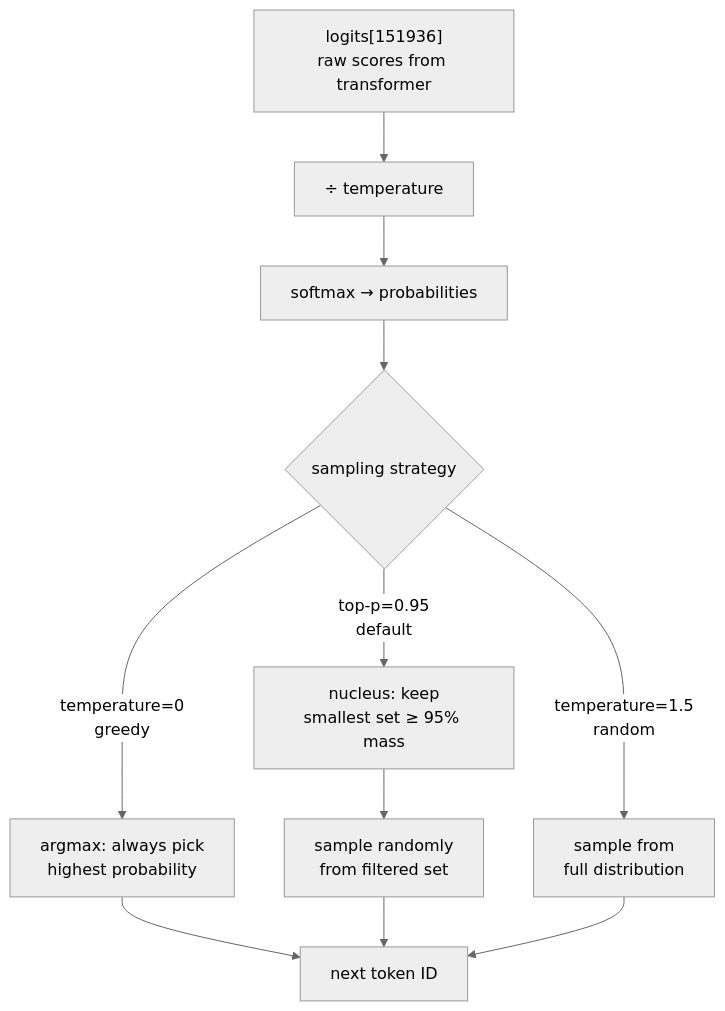
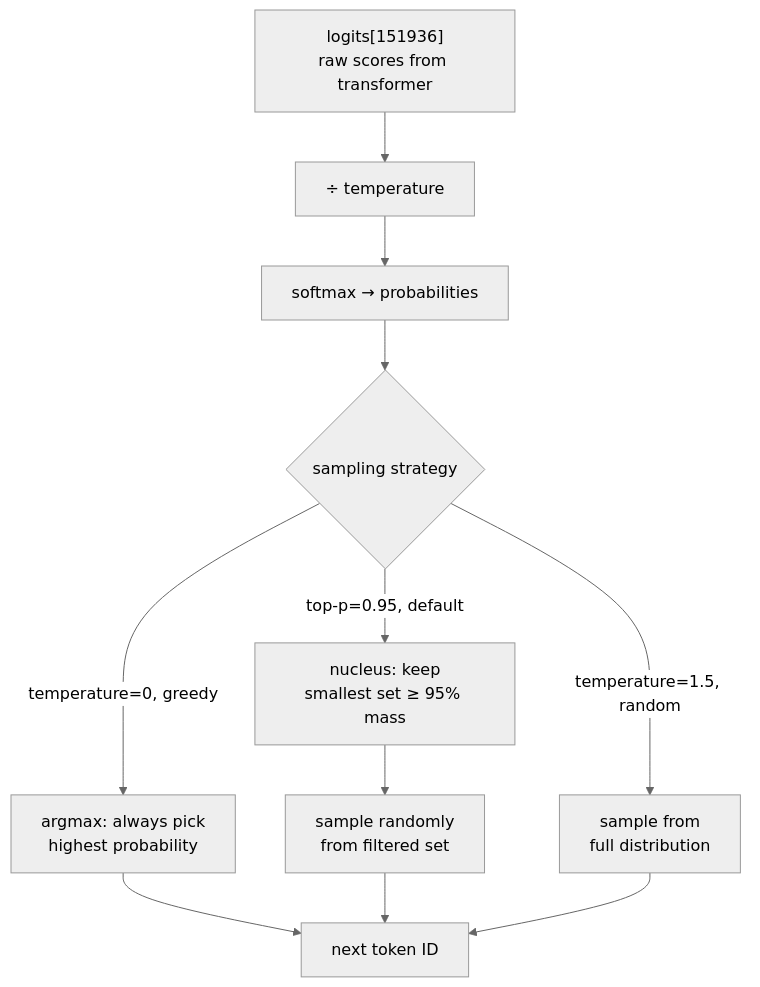
The eighth of 11 diagrams in blog/qwen3-run-locally.qmd (thefirehacker/firstbreakai), drawn with Mermaid (neutral theme) before and after one commit. The commit also changed other lines of this file and 4 other files, not shown here.

Commit message:
Add Lesson 1b: Qwen3 Fundamentals and update roadmap with new lesson links

````diff
--- a/blog/qwen3-run-locally.qmd
+++ b/blog/qwen3-run-locally.qmd
@@ -781,13 +781,13 @@
 ```{mermaid}
 flowchart TD
-    L["logits[151936]\nraw scores from transformer"] --> T["÷ temperature"]
+    L["logits[151936]<br/>raw scores from transformer"] --> T["÷ temperature"]
     T --> SM["softmax → probabilities"]
     SM --> S1{sampling strategy}
-    S1 -- "temperature=0\ngreedy" --> ARG["argmax: always pick\nhighest probability"]
-    S1 -- "top-p=0.95\ndefault" --> TP["nucleus: keep\nsmallest set ≥ 95% mass"]
-    TP --> RND["sample randomly\nfrom filtered set"]
-    S1 -- "temperature=1.5\nrandom" --> FULL["sample from\nfull distribution"]
+    S1 -- "temperature=0, greedy" --> ARG["argmax: always pick<br/>highest probability"]
+    S1 -- "top-p=0.95, default" --> TP["nucleus: keep<br/>smallest set ≥ 95% mass"]
+    TP --> RND["sample randomly<br/>from filtered set"]
+    S1 -- "temperature=1.5, random" --> FULL["sample from<br/>full distribution"]
     ARG --> NEXT["next token ID"]
     RND --> NEXT
     FULL --> NEXT
 ```
````
